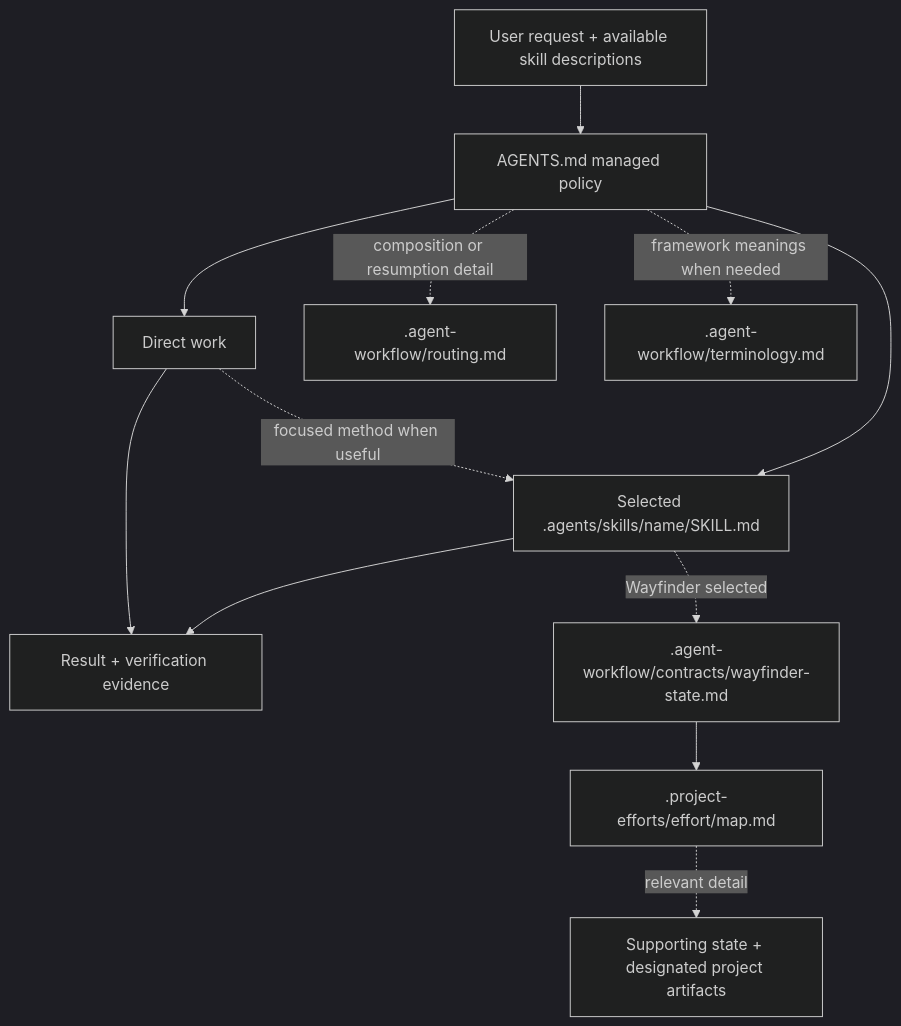
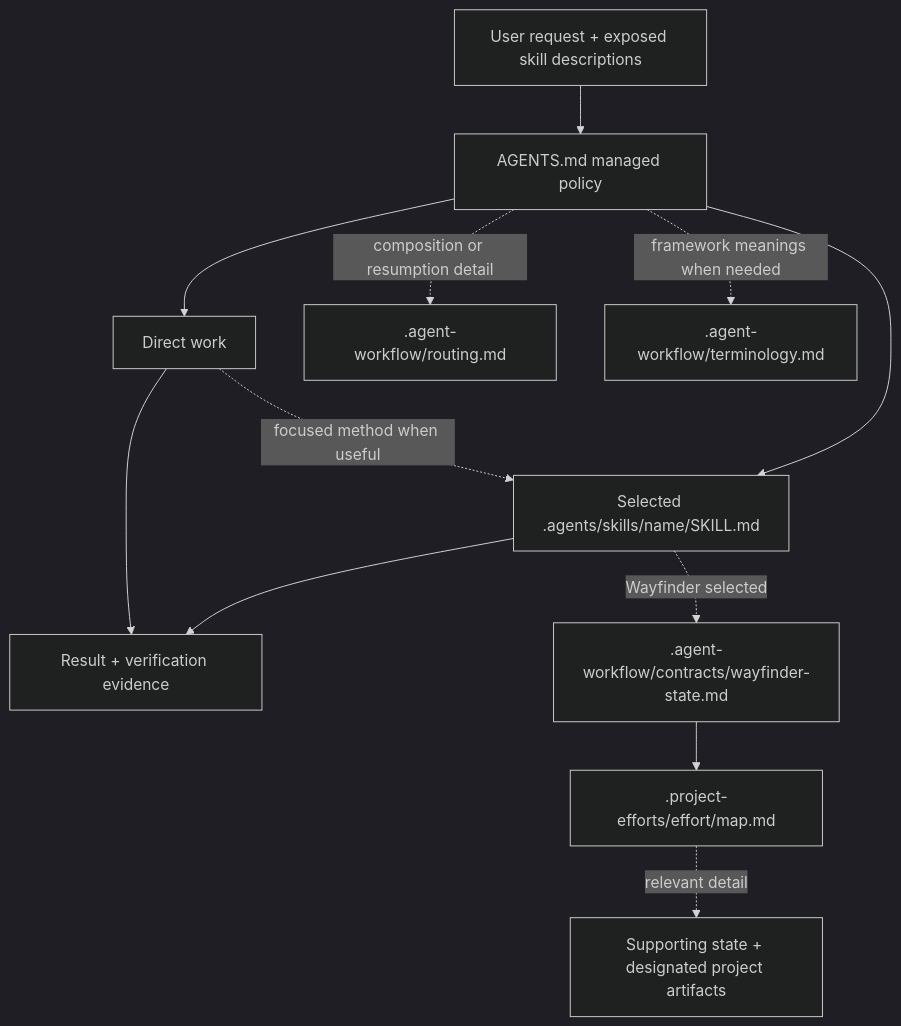
Before and after one commit to jimmfan/agentic-workflow: the diagram in docs/architecture.md, drawn with Mermaid (dark theme). The commit also changed other lines of this file and 14 other files, not shown here.

````diff
--- a/docs/architecture.md
+++ b/docs/architecture.md
@@ -11,14 +11,14 @@
 ```mermaid
 flowchart TD
-    request["User request + available skill descriptions"] --> root["AGENTS.md managed policy"]
+    request["User request + exposed skill descriptions"] --> root["AGENTS.md managed policy"]
     root --> direct["Direct work"]
     root --> method["Selected .agents/skills/name/SKILL.md"]
     direct -. focused method when useful .-> method
     root -. composition or resumption detail .-> routing[".agent-workflow/routing.md"]
     root -. framework meanings when needed .-> terms[".agent-workflow/terminology.md"]
     method --> result["Result + verification evidence"]
     direct --> result
     method -. Wayfinder selected .-> contract[".agent-workflow/contracts/wayfinder-state.md"]
     contract --> map[".project-efforts/effort/map.md"]
     map -. relevant detail .-> artifacts["Supporting state + designated project artifacts"]
 ```
````
